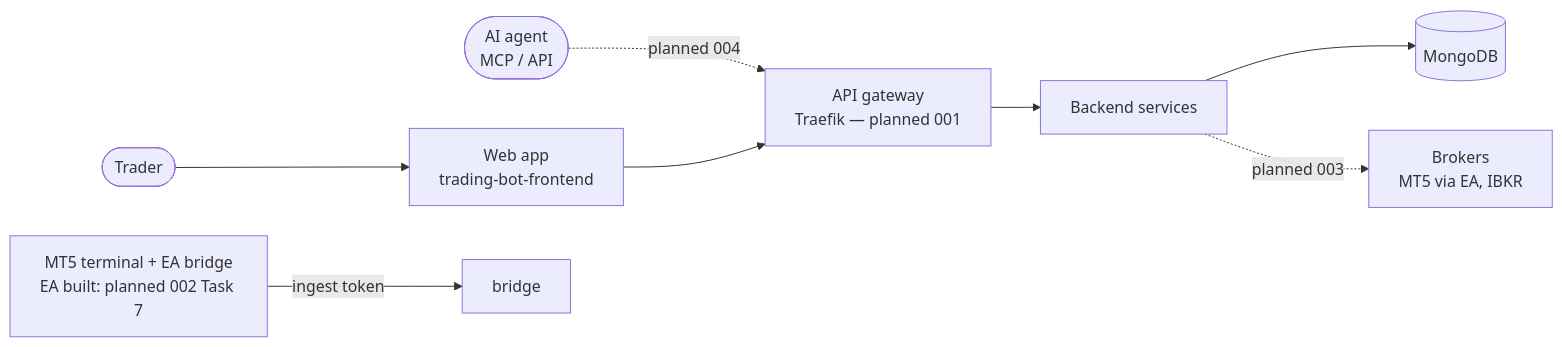
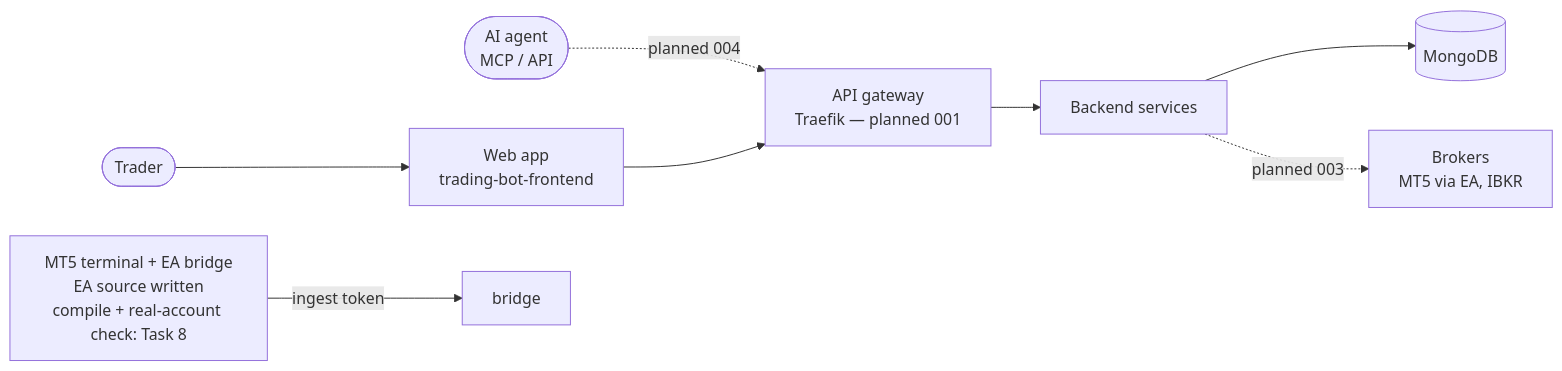
The first of 2 diagrams in docs/architecture.md (HarryWarrior/Trading-bot-backend), drawn with Mermaid before and after one commit. The commit also changed other lines of this file and 9 other files, not shown here.

````diff
--- a/docs/architecture.md
+++ b/docs/architecture.md
@@ -5,10 +5,10 @@
 ```mermaid
 flowchart LR
   trader([Trader]) --> web[Web app<br/>trading-bot-frontend]
   ai([AI agent<br/>MCP / API]) -. planned 004 .-> gw
-  ea[MT5 terminal + EA bridge<br/>EA built: planned 002 Task 7] -->|ingest token| bridge
+  ea[MT5 terminal + EA bridge<br/>EA source written<br/>compile + real-account check: Task 8] -->|ingest token| bridge
   web --> gw[API gateway<br/>Traefik — planned 001]
   gw --> svc[Backend services]
   svc --> mongo[(MongoDB)]
   svc -. planned 003 .-> brokers[Brokers<br/>MT5 via EA, IBKR]
 ```
````
